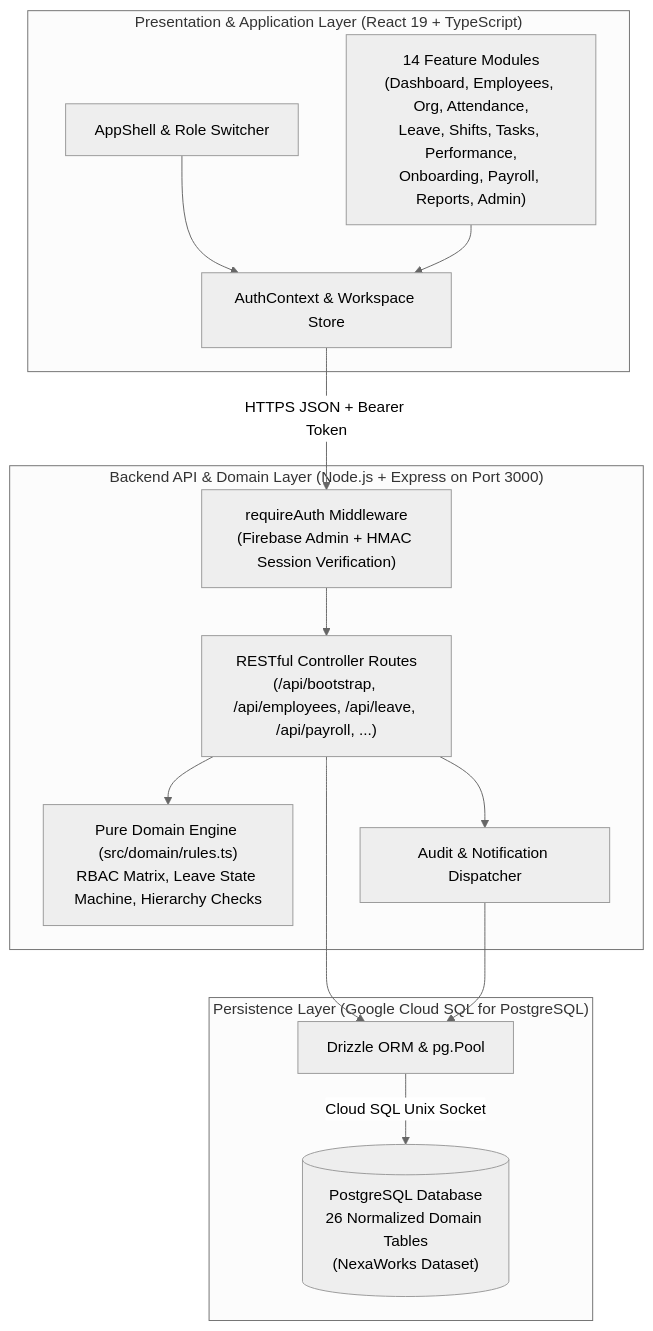
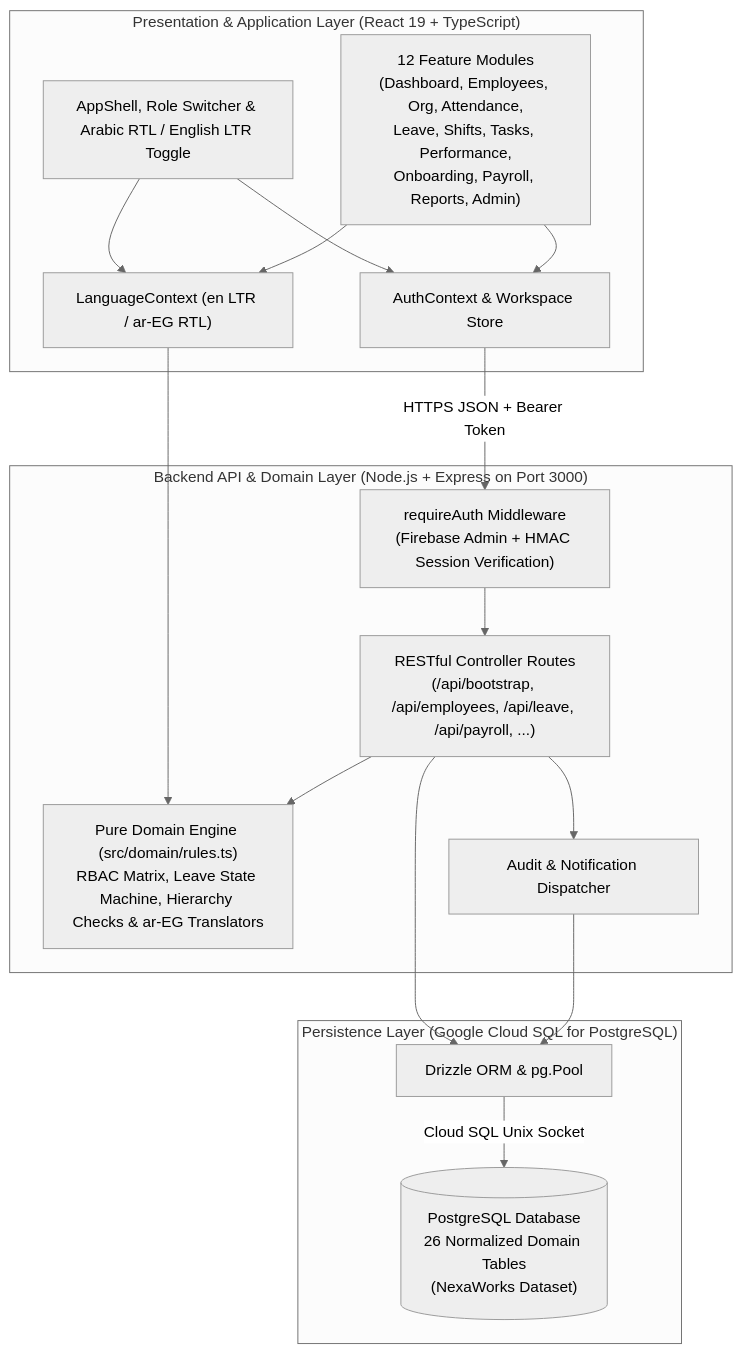
One commit to IbrahimAbdelsattar/employee-management-system changed the diagram in docs/uml/component-architecture.mmd. Above: the diagram before and after it, drawn with Mermaid (neutral theme). The commit also changed 35 other files, not shown here.

```diff
--- a/docs/uml/component-architecture.mmd
+++ b/docs/uml/component-architecture.mmd
@@ -1,28 +1,32 @@
 flowchart TB
     subgraph Client["Presentation & Application Layer (React 19 + TypeScript)"]
-        UI_Shell["AppShell & Role Switcher"]
-        UI_Pages["14 Feature Modules\n(Dashboard, Employees, Org, Attendance,\nLeave, Shifts, Tasks, Performance,\nOnboarding, Payroll, Reports, Admin)"]
+        UI_Shell["AppShell, Role Switcher & Arabic RTL / English LTR Toggle"]
+        UI_Pages["12 Feature Modules\n(Dashboard, Employees, Org, Attendance,\nLeave, Shifts, Tasks, Performance,\nOnboarding, Payroll, Reports, Admin)"]
         AuthCtx["AuthContext & Workspace Store"]
+        LangCtx["LanguageContext (en LTR / ar-EG RTL)"]
     end
 
     subgraph Server["Backend API & Domain Layer (Node.js + Express on Port 3000)"]
         AuthMW["requireAuth Middleware\n(Firebase Admin + HMAC Session Verification)"]
         API_Routes["RESTful Controller Routes\n(/api/bootstrap, /api/employees, /api/leave, /api/payroll, ...)"]
-        DomainRules["Pure Domain Engine (src/domain/rules.ts)\nRBAC Matrix, Leave State Machine, Hierarchy Checks"]
+        DomainRules["Pure Domain Engine (src/domain/rules.ts)\nRBAC Matrix, Leave State Machine, Hierarchy Checks & ar-EG Translators"]
         AuditSvc["Audit & Notification Dispatcher"]
     end
 
     subgraph Persistence["Persistence Layer (Google Cloud SQL for PostgreSQL)"]
         Drizzle["Drizzle ORM & pg.Pool"]
         PG[("PostgreSQL Database\n26 Normalized Domain Tables\n(NexaWorks Dataset)")]
     end
 
     UI_Shell --> AuthCtx
+    UI_Shell --> LangCtx
     UI_Pages --> AuthCtx
+    UI_Pages --> LangCtx
+    LangCtx --> DomainRules
     AuthCtx -- "HTTPS JSON + Bearer Token" --> AuthMW
     AuthMW --> API_Routes
     API_Routes --> DomainRules
     API_Routes --> AuditSvc
     API_Routes --> Drizzle
     AuditSvc --> Drizzle
     Drizzle -- "Cloud SQL Unix Socket" --> PG
```
